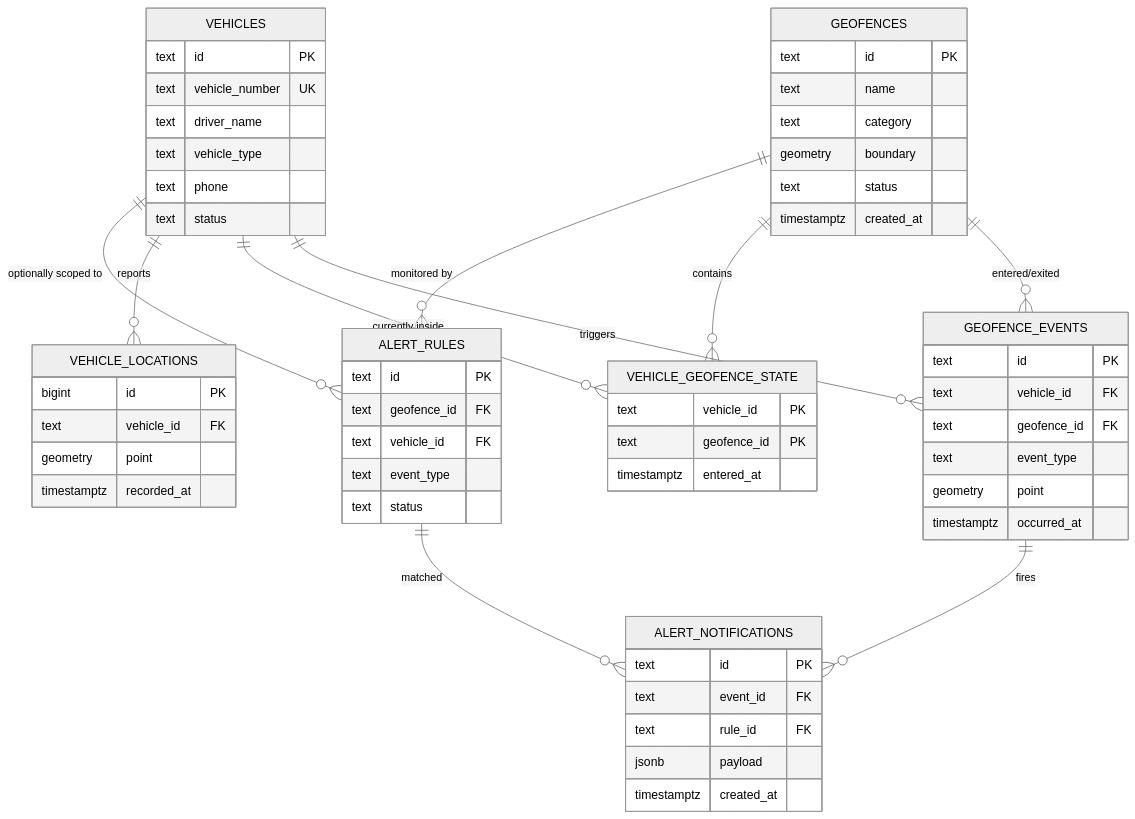
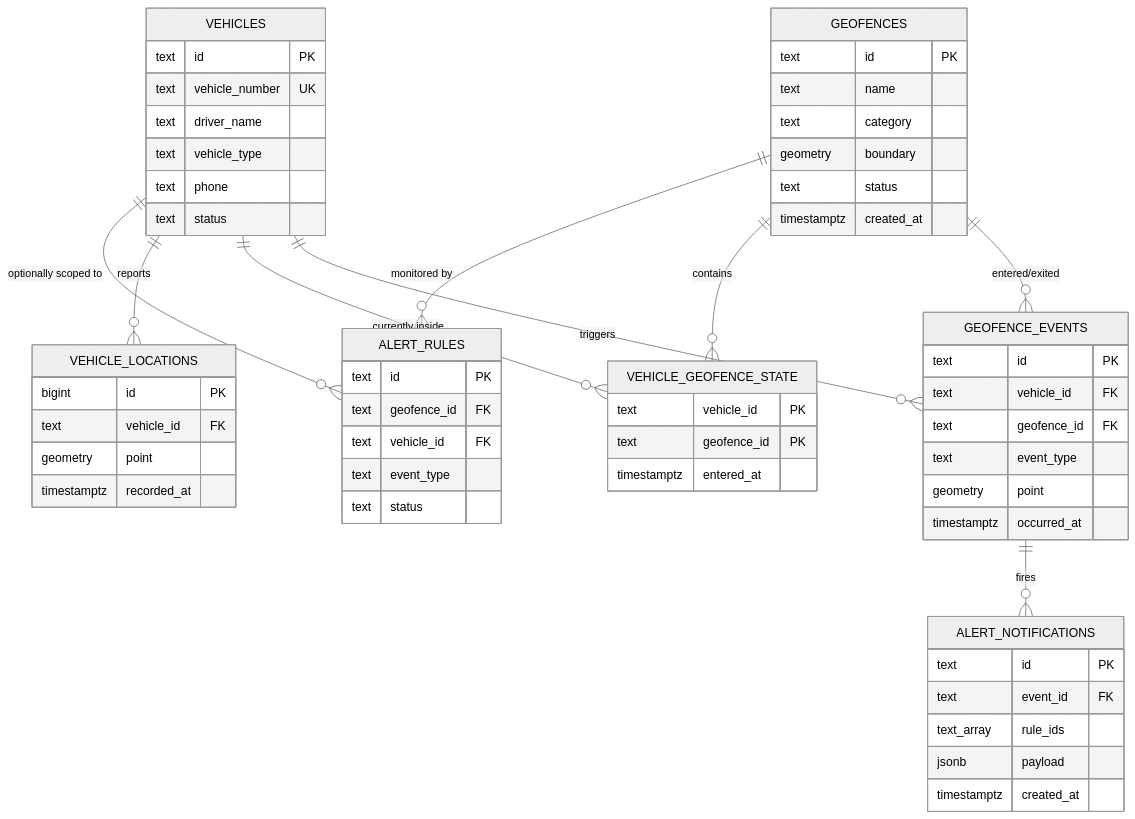
One commit to chandug3121/Mapup_Geo-fence changed the second of 3 diagrams in docs/architecture.md. Above: the diagram before and after it, drawn with Mermaid (neutral theme). The commit also changed other lines of this file and 10 other files, not shown here.

````diff
--- a/docs/architecture.md
+++ b/docs/architecture.md
@@ -59,20 +59,19 @@
 ```mermaid
 erDiagram
     GEOFENCES ||--o{ ALERT_RULES : "monitored by"
     VEHICLES  ||--o{ ALERT_RULES : "optionally scoped to"
     VEHICLES  ||--o{ VEHICLE_LOCATIONS : reports
     VEHICLES  ||--o{ VEHICLE_GEOFENCE_STATE : "currently inside"
     GEOFENCES ||--o{ VEHICLE_GEOFENCE_STATE : contains
     VEHICLES  ||--o{ GEOFENCE_EVENTS : triggers
     GEOFENCES ||--o{ GEOFENCE_EVENTS : "entered/exited"
     GEOFENCE_EVENTS ||--o{ ALERT_NOTIFICATIONS : "fires"
-    ALERT_RULES ||--o{ ALERT_NOTIFICATIONS : "matched"
 
     GEOFENCES { text id PK  text name  text category  geometry boundary  text status  timestamptz created_at }
     VEHICLES { text id PK  text vehicle_number UK  text driver_name  text vehicle_type  text phone  text status }
     VEHICLE_LOCATIONS { bigint id PK  text vehicle_id FK  geometry point  timestamptz recorded_at }
     VEHICLE_GEOFENCE_STATE { text vehicle_id PK  text geofence_id PK  timestamptz entered_at }
     ALERT_RULES { text id PK  text geofence_id FK  text vehicle_id FK  text event_type  text status }
     GEOFENCE_EVENTS { text id PK  text vehicle_id FK  text geofence_id FK  text event_type  geometry point  timestamptz occurred_at }
-    ALERT_NOTIFICATIONS { text id PK  text event_id FK  text rule_id FK  jsonb payload  timestamptz created_at }
+    ALERT_NOTIFICATIONS { text id PK  text event_id FK  text_array rule_ids  jsonb payload  timestamptz created_at }
 ```
````
